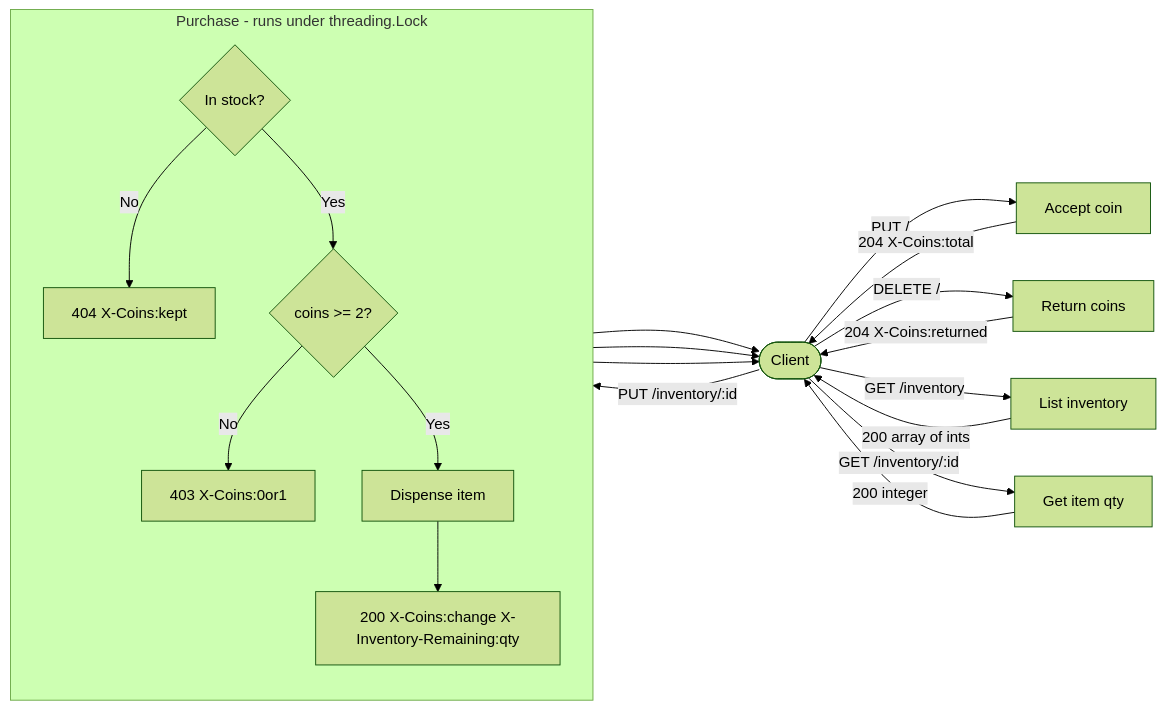
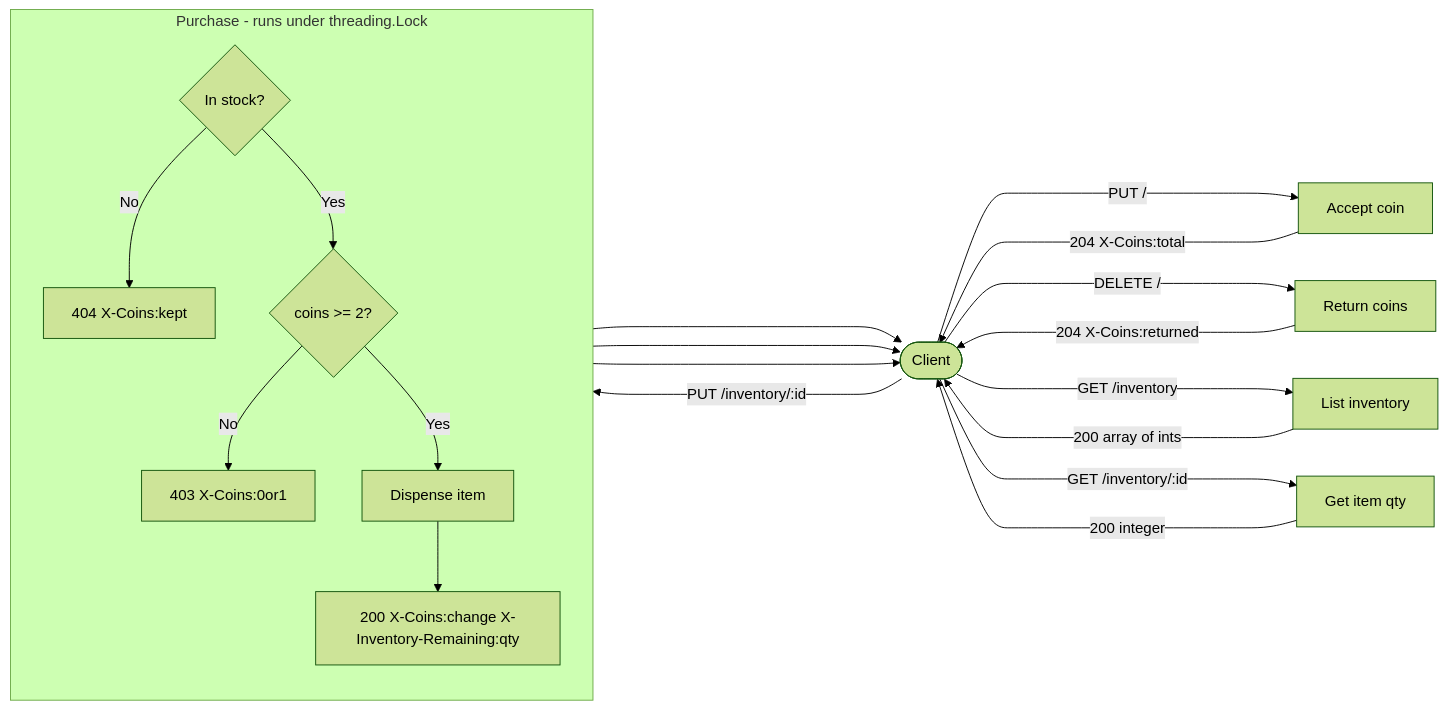
The diagram in README.md (Devonav/VENT-O-MATIC), drawn with Mermaid (forest theme) before and after one commit.

Commit message:
Updated Diagram

````diff
--- a/README.md
+++ b/README.md
@@ -7,32 +7,32 @@
 ```mermaid
 flowchart LR
     Client([Client])
 
-    Client -->|PUT /| InsertCoin
-    Client -->|DELETE /| Cancel
-    Client -->|GET /inventory| ListInv
-    Client -->|GET /inventory/:id| GetItem
-    Client -->|PUT /inventory/:id| P1
+    Client ----->|PUT /| InsertCoin
+    Client ----->|DELETE /| Cancel
+    Client ----->|GET /inventory| ListInv
+    Client ----->|GET /inventory/:id| GetItem
+    Client ----->|PUT /inventory/:id| P1
 
     InsertCoin[Accept coin] -->|204 X-Coins:total| Client
     Cancel[Return coins]    -->|204 X-Coins:returned| Client
     ListInv[List inventory] -->|200 array of ints| Client
     GetItem[Get item qty]   -->|200 integer| Client
 
     subgraph Purchase [Purchase - runs under threading.Lock]
         direction TB
         P1{In stock?}
         P2{coins >= 2?}
         P3[Dispense item]
 
         P1 -->|No| R404[404 X-Coins:kept]
         P1 -->|Yes| P2
         P2 -->|No| R403[403 X-Coins:0or1]
         P2 -->|Yes| P3
         P3 --> R200[200 X-Coins:change X-Inventory-Remaining:qty]
     end
 
     R404 --> Client
     R403 --> Client
     R200 --> Client
 ```
````
